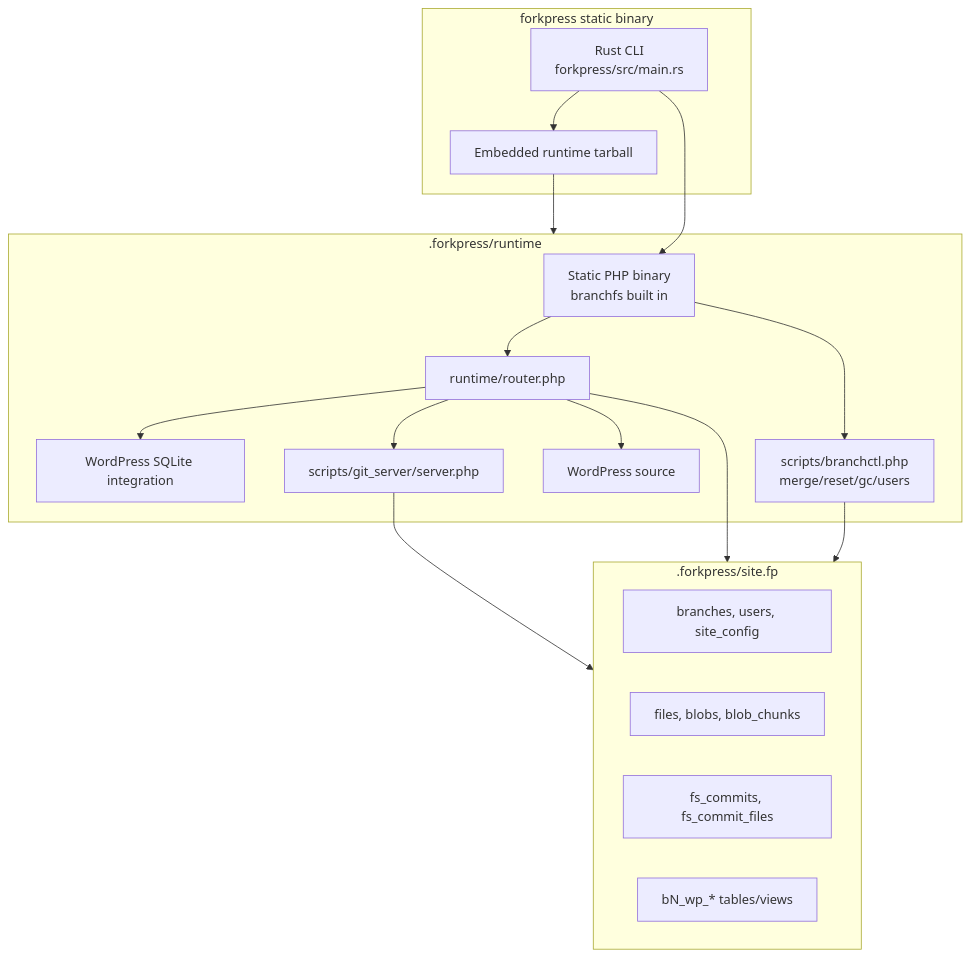
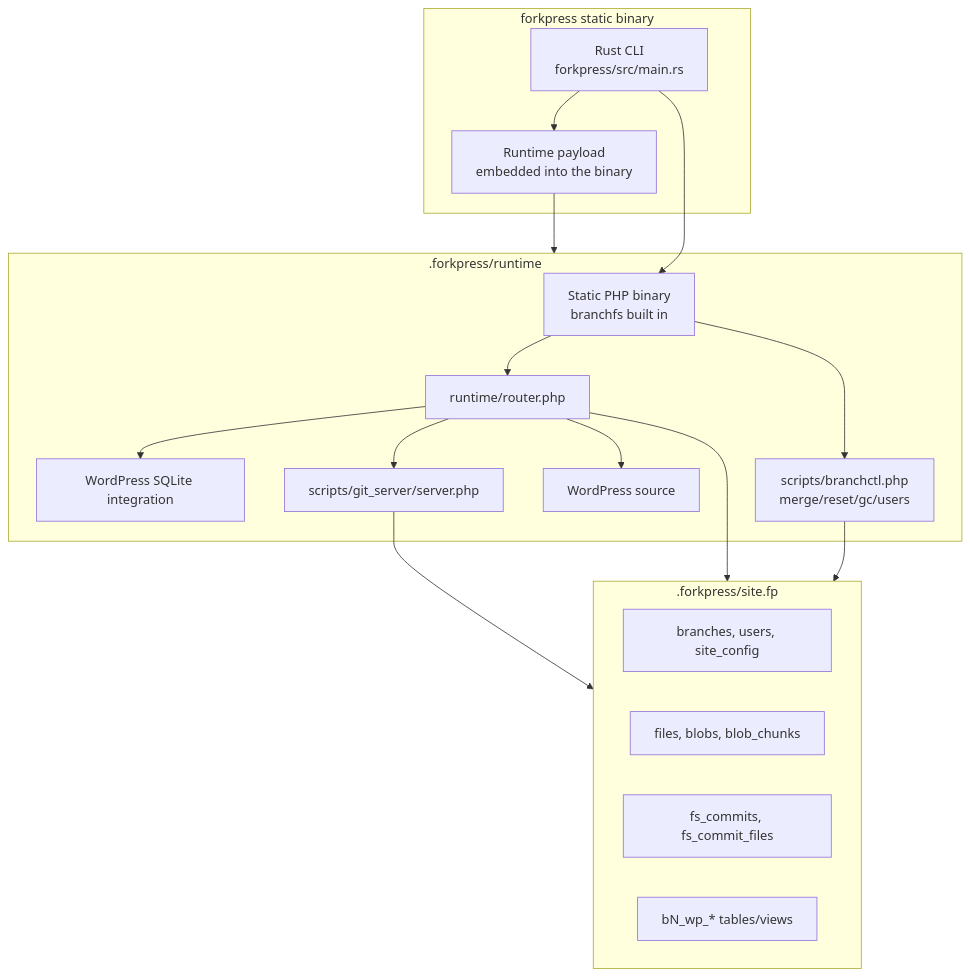
One commit to Automattic/forkpress changed the second of 5 diagrams in README.md. Above: the diagram before and after it, drawn with Mermaid. The commit also changed other lines of this file, not shown here.

Commit message:
Clarify README runtime payload label

````diff
--- a/README.md
+++ b/README.md
@@ -181,35 +181,35 @@
 ```mermaid
 flowchart TB
     subgraph Binary["forkpress static binary"]
         rust[Rust CLI<br/>forkpress/src/main.rs]
-        bundle[Embedded runtime tarball]
+        bundle[Runtime payload<br/>embedded into the binary]
     end
 
     subgraph Runtime[".forkpress/runtime"]
         php[Static PHP binary<br/>branchfs built in]
         router[runtime/router.php]
         ctl[scripts/branchctl.php<br/>merge/reset/gc/users]
         gitserver[scripts/git_server/server.php]
         sqlitewp[WordPress SQLite integration]
         wp[WordPress source]
     end
 
     subgraph Store[".forkpress/site.fp"]
         meta[branches, users, site_config]
         files[files, blobs, blob_chunks]
         fscommits[fs_commits, fs_commit_files]
         tables[bN_wp_* tables/views]
     end
 
     rust --> bundle
     bundle --> Runtime
     rust --> php
     php --> router
     php --> ctl
     router --> sqlitewp
     router --> gitserver
     router --> wp
     router --> Store
     ctl --> Store
     gitserver --> Store
 ```
````
